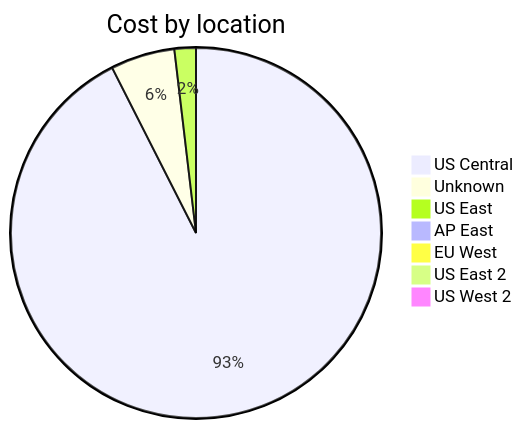
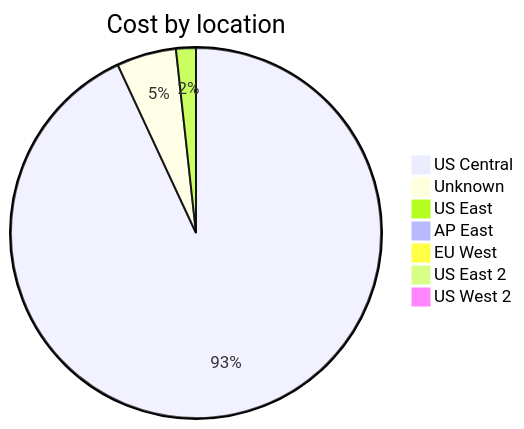
Before and after one commit to jpfulton/azure-personal-reports: the third of 4 diagrams in cost-reports/accumulated-cost.md, drawn with Mermaid. The commit also changed other lines of this file and 4 other files, not shown here.

````diff
--- a/cost-reports/accumulated-cost.md
+++ b/cost-reports/accumulated-cost.md
@@ -123,11 +123,11 @@
 ```mermaid
 pie
    title Cost by location
-   "US Central" : 0.99
-   "Unknown" : 0.06
-   "US East" : 0.02
+   "US Central" : 1.61
+   "Unknown" : 0.09
+   "US East" : 0.03
    "AP East" : 0.00
    "EU West" : 0.00
    "US East 2" : 0.00
    "US West 2" : 0.00
 ```
````
